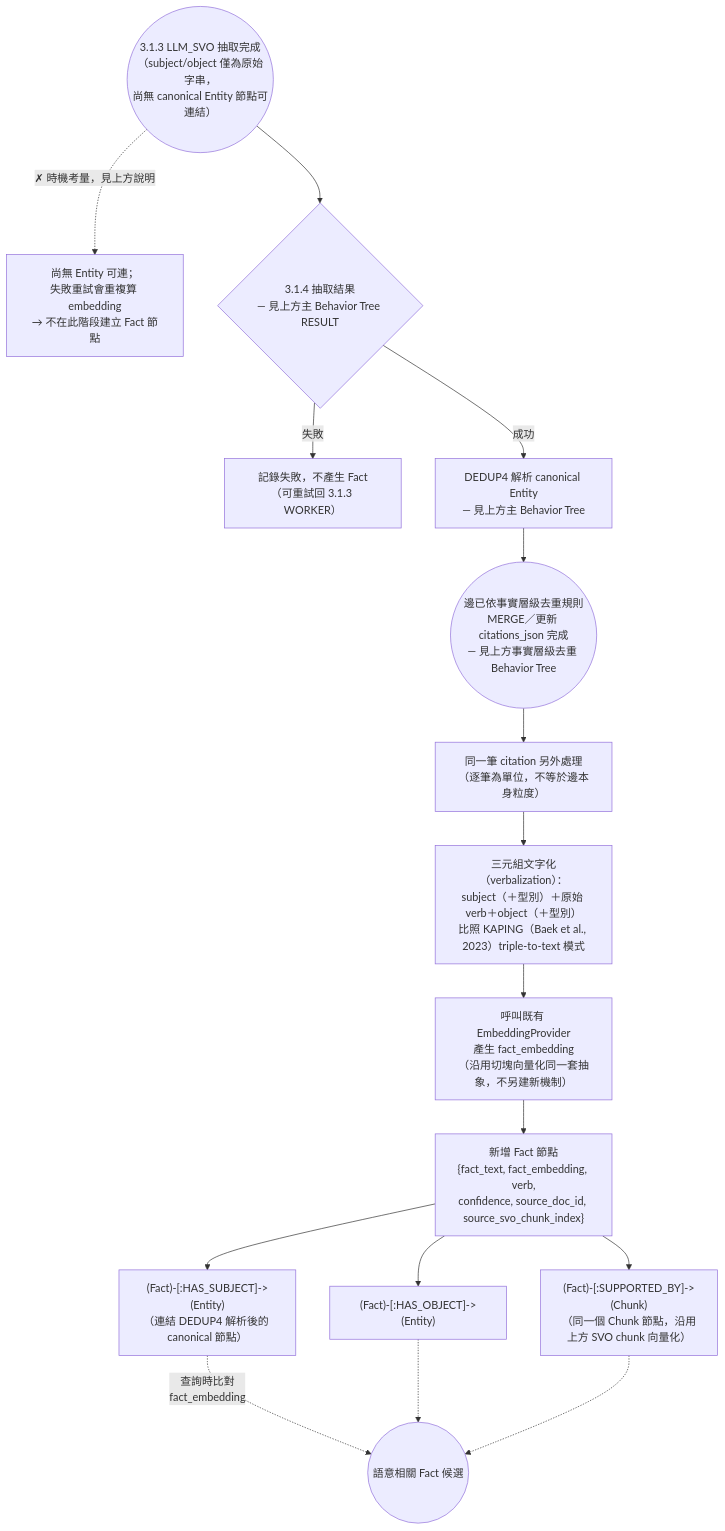
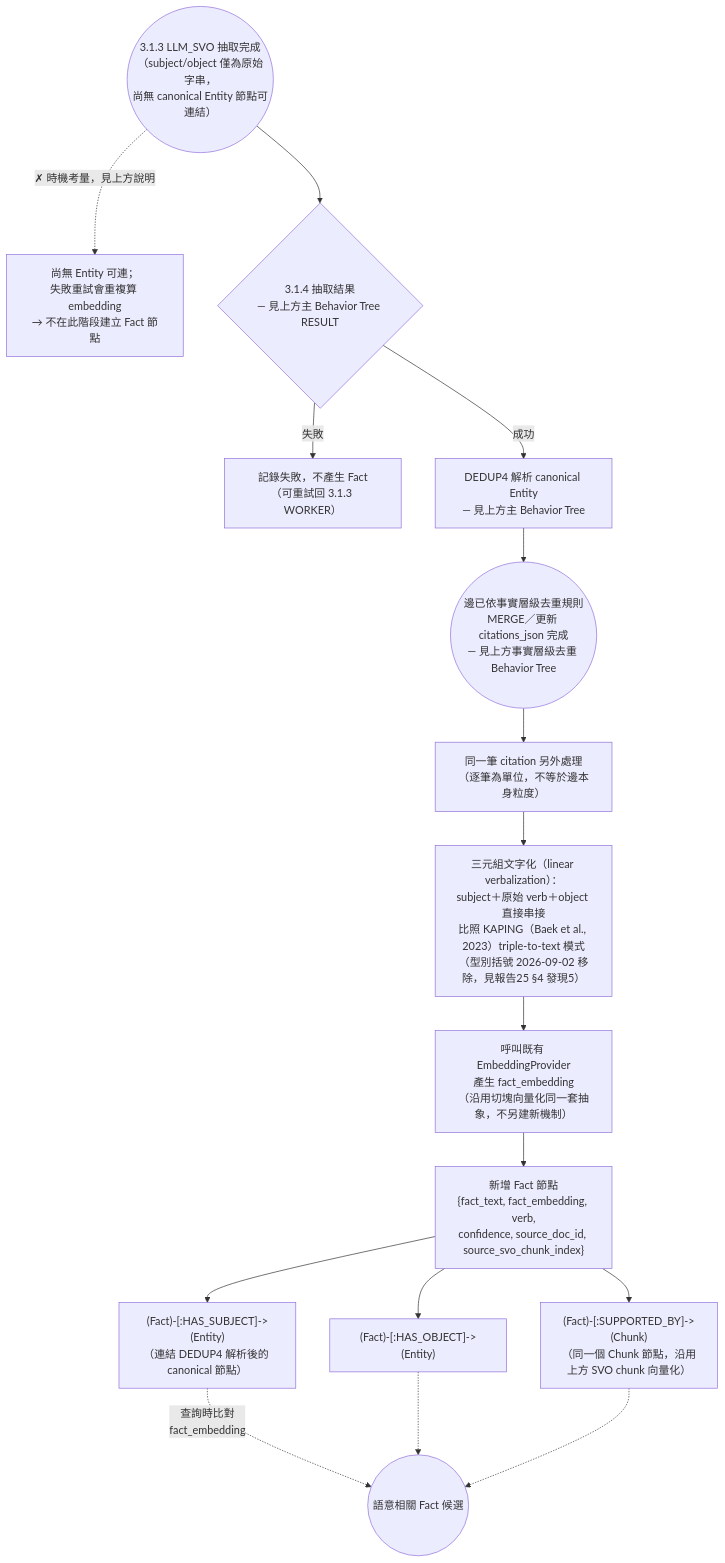
One commit to Chester930/world-knowledge-graph-rag changed the ninth of 18 diagrams in docs/論文/03_系統設計與方法論.md. Above: the diagram before and after it, drawn with Mermaid. The commit also changed other lines of this file and 8 other files, not shown here.

````diff
--- a/docs/論文/03_系統設計與方法論.md
+++ b/docs/論文/03_系統設計與方法論.md
@@ -510,18 +510,18 @@
 ```mermaid
 flowchart TD
     LLMSVO(("3.1.3 LLM_SVO 抽取完成<br/>（subject/object 僅為原始字串，<br/>尚無 canonical Entity 節點可連結）")) -.->|"✗ 時機考量，見上方說明"| REJECT4["尚無 Entity 可連；<br/>失敗重試會重複算 embedding<br/>→ 不在此階段建立 Fact 節點"]
     LLMSVO --> RESULT4{"3.1.4 抽取結果<br/>— 見上方主 Behavior Tree RESULT"}
     RESULT4 -->|失敗| DISCARD4["記錄失敗，不產生 Fact<br/>（可重試回 3.1.3 WORKER）"]
     RESULT4 -->|成功| DEDUP4C["DEDUP4 解析 canonical Entity<br/>— 見上方主 Behavior Tree"]
     DEDUP4C --> MERGE4B(("邊已依事實層級去重規則<br/>MERGE／更新 citations_json 完成<br/>— 見上方事實層級去重 Behavior Tree"))
     MERGE4B --> PERCIT["同一筆 citation 另外處理<br/>（逐筆為單位，不等於邊本身粒度）"]
-    PERCIT --> VERBALIZE["三元組文字化（verbalization）：<br/>subject（＋型別）＋原始 verb＋object（＋型別）<br/>比照 KAPING（Baek et al., 2023）triple-to-text 模式"]
+    PERCIT --> VERBALIZE["三元組文字化（linear verbalization）：<br/>subject＋原始 verb＋object 直接串接<br/>比照 KAPING（Baek et al., 2023）triple-to-text 模式<br/>（型別括號 2026-09-02 移除，見報告25 §4 發現5）"]
     VERBALIZE --> FACTEMB["呼叫既有 EmbeddingProvider<br/>產生 fact_embedding<br/>（沿用切塊向量化同一套抽象，不另建新機制）"]
     FACTEMB --> FACTNODE["新增 Fact 節點<br/>{fact_text, fact_embedding, verb,<br/>confidence, source_doc_id, source_svo_chunk_index}"]
     FACTNODE --> LINKSUBJ["(Fact)-[:HAS_SUBJECT]->(Entity)<br/>（連結 DEDUP4 解析後的 canonical 節點）"]
     FACTNODE --> LINKOBJ["(Fact)-[:HAS_OBJECT]->(Entity)"]
     FACTNODE --> LINKCHUNK["(Fact)-[:SUPPORTED_BY]->(Chunk)<br/>（同一個 Chunk 節點，沿用上方 SVO chunk 向量化）"]
     LINKSUBJ -.->|"查詢時比對<br/>fact_embedding"| RETRIEVE(("語意相關 Fact 候選"))
     LINKOBJ -.-> RETRIEVE
     LINKCHUNK -.-> RETRIEVE
 ```
````
